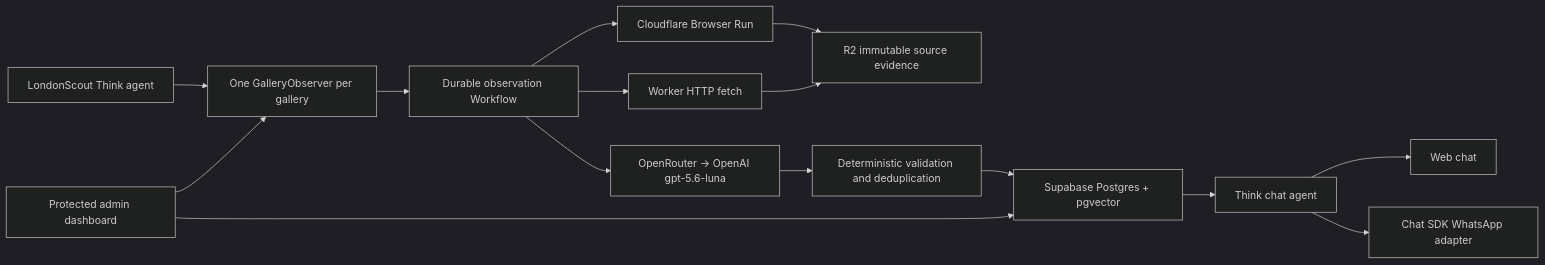
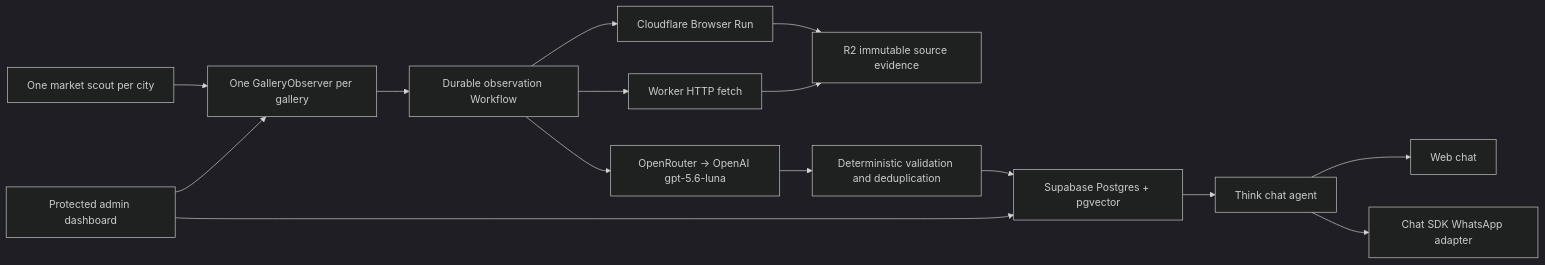
One commit to szymonzmyslony/local changed the diagram in docs/architecture.md. Above: the diagram before and after it, drawn with Mermaid (dark theme). The commit also changed other lines of this file and 46 other files, not shown here.

Commit message:
Add Warsaw market and harden gallery agents

````diff
--- a/docs/architecture.md
+++ b/docs/architecture.md
@@ -7,17 +7,17 @@
 ```mermaid
 flowchart LR
-  LS["LondonScout Think agent"] --> GO["One GalleryObserver per gallery"]
+  MS["One market scout per city"] --> GO["One GalleryObserver per gallery"]
   GO --> WF["Durable observation Workflow"]
   WF --> BR["Cloudflare Browser Run"]
   WF --> HTTP["Worker HTTP fetch"]
   BR --> R2["R2 immutable source evidence"]
   HTTP --> R2
   WF --> LUNA["OpenRouter → OpenAI gpt-5.6-luna"]
   LUNA --> RULES["Deterministic validation and deduplication"]
   RULES --> PG["Supabase Postgres + pgvector"]
   PG --> CHAT["Think chat agent"]
   CHAT --> WEB["Web chat"]
   CHAT --> WA["Chat SDK WhatsApp adapter"]
   DASH["Protected admin dashboard"] --> PG
   DASH --> GO
 ```
````
